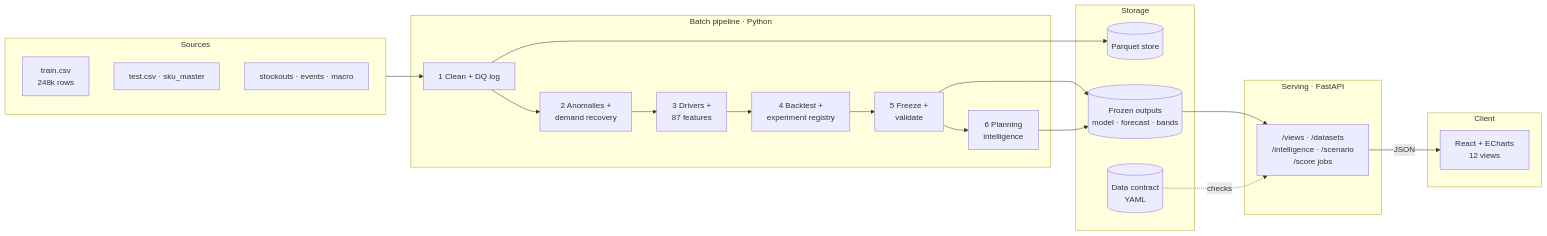
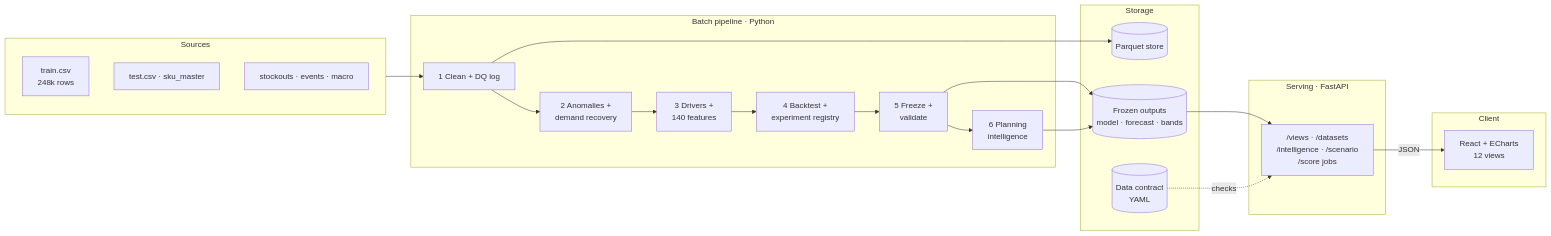
Before and after one commit to deepakm0003/MKS-AI-ML-Hackathon: the first of 4 diagrams in README.md, drawn with Mermaid. The commit also changed other lines of this file and 90 other files, not shown here.

````diff
--- a/README.md
+++ b/README.md
@@ -71,29 +71,29 @@
 ```mermaid
 flowchart LR
     subgraph SRC["Sources"]
         A1["train.csv<br/>248k rows"]
         A2["test.csv · sku_master"]
         A3["stockouts · events · macro"]
     end
     subgraph PIPE["Batch pipeline · Python"]
-        P1["1 Clean + DQ log"] --> P2["2 Anomalies +<br/>demand recovery"] --> P3["3 Drivers +<br/>87 features"] --> P4["4 Backtest +<br/>experiment registry"] --> P5["5 Freeze +<br/>validate"] --> P6["6 Planning<br/>intelligence"]
+        P1["1 Clean + DQ log"] --> P2["2 Anomalies +<br/>demand recovery"] --> P3["3 Drivers +<br/>140 features"] --> P4["4 Backtest +<br/>experiment registry"] --> P5["5 Freeze +<br/>validate"] --> P6["6 Planning<br/>intelligence"]
     end
     subgraph STORE["Storage"]
         S1[("Parquet store")]
         S2[("Frozen outputs<br/>model · forecast · bands")]
         S3[("Data contract<br/>YAML")]
     end
     subgraph SERVE["Serving · FastAPI"]
         API["/views · /datasets<br/>/intelligence · /scenario<br/>/score jobs"]
     end
     subgraph CLIENT["Client"]
         UI["React + ECharts<br/>12 views"]
     end
     SRC --> P1
     P1 --> S1
     P5 --> S2
     P6 --> S2
     S2 --> API
     S3 -. checks .-> API
     API -- JSON --> UI
 ```
````
